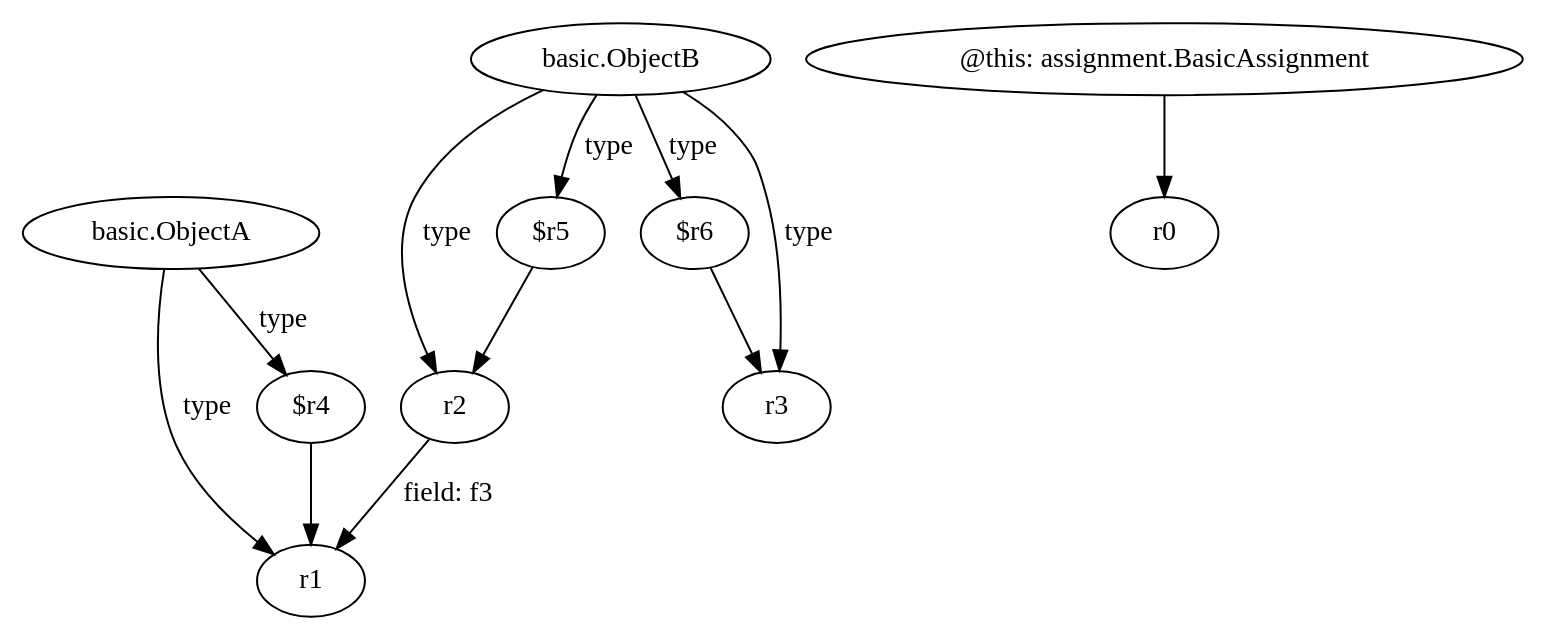
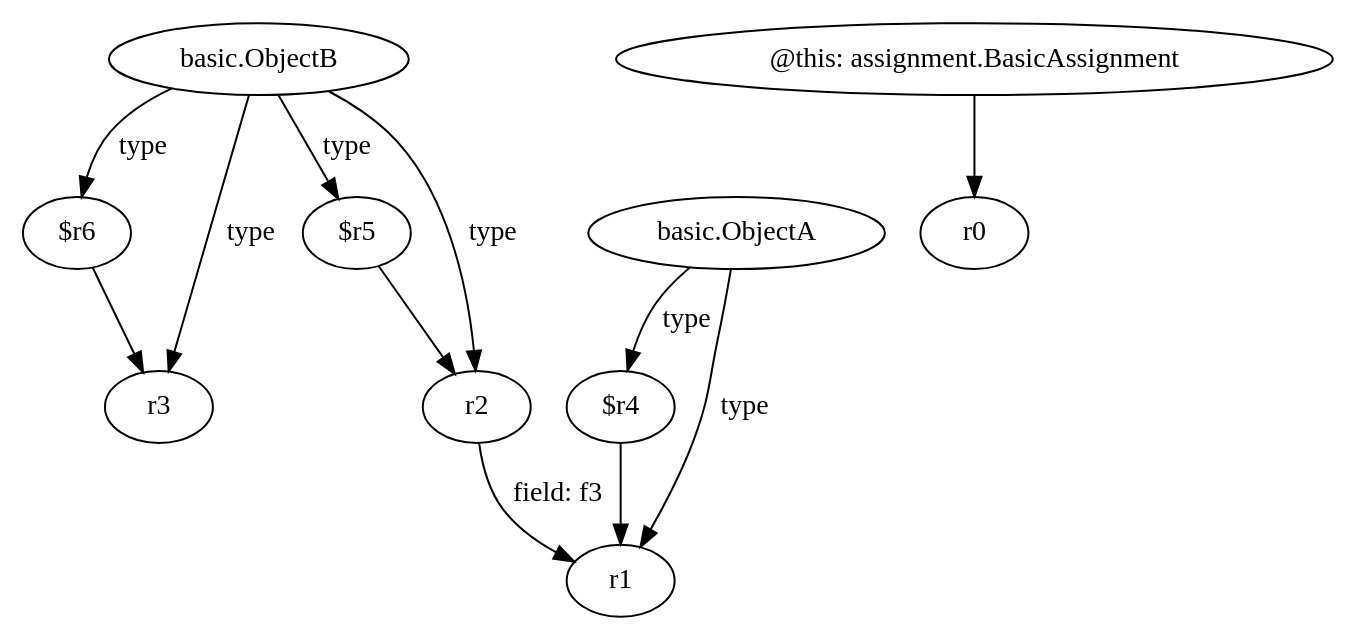
One commit to SeanCoek/zString changed the diagram in relation2/<assignment.BasicAssignment: void call2param()>.dot. Above: the diagram before and after it, drawn with Graphviz. The commit also changed 4443 other files, not shown here.

```diff
--- a/relation2/<assignment.BasicAssignment: void call2param()>.dot
+++ b/relation2/<assignment.BasicAssignment: void call2param()>.dot
@@ -1,23 +1,23 @@
 digraph g {
-0[label="basic.ObjectA"]
-1[label="r1"]
+0[label="basic.ObjectB"]
+1[label="$r6"]
 0->1[label="type"]
-2[label="@this: assignment.BasicAssignment"]
-3[label="r0"]
+2[label="$r4"]
+3[label="r1"]
 2->3[label=""]
-4[label="$r4"]
+4[label="r3"]
 0->4[label="type"]
-5[label="r2"]
-5->1[label="field: f3"]
-6[label="basic.ObjectB"]
+5[label="@this: assignment.BasicAssignment"]
+6[label="r0"]
+5->6[label=""]
 7[label="$r5"]
-6->7[label="type"]
-7->5[label=""]
-8[label="$r6"]
-9[label="r3"]
-8->9[label=""]
-6->5[label="type"]
-4->1[label=""]
-6->9[label="type"]
-6->8[label="type"]
+0->7[label="type"]
+8[label="r2"]
+0->8[label="type"]
+1->4[label=""]
+7->8[label=""]
+9[label="basic.ObjectA"]
+9->3[label="type"]
+8->3[label="field: f3"]
+9->2[label="type"]
 }
```
